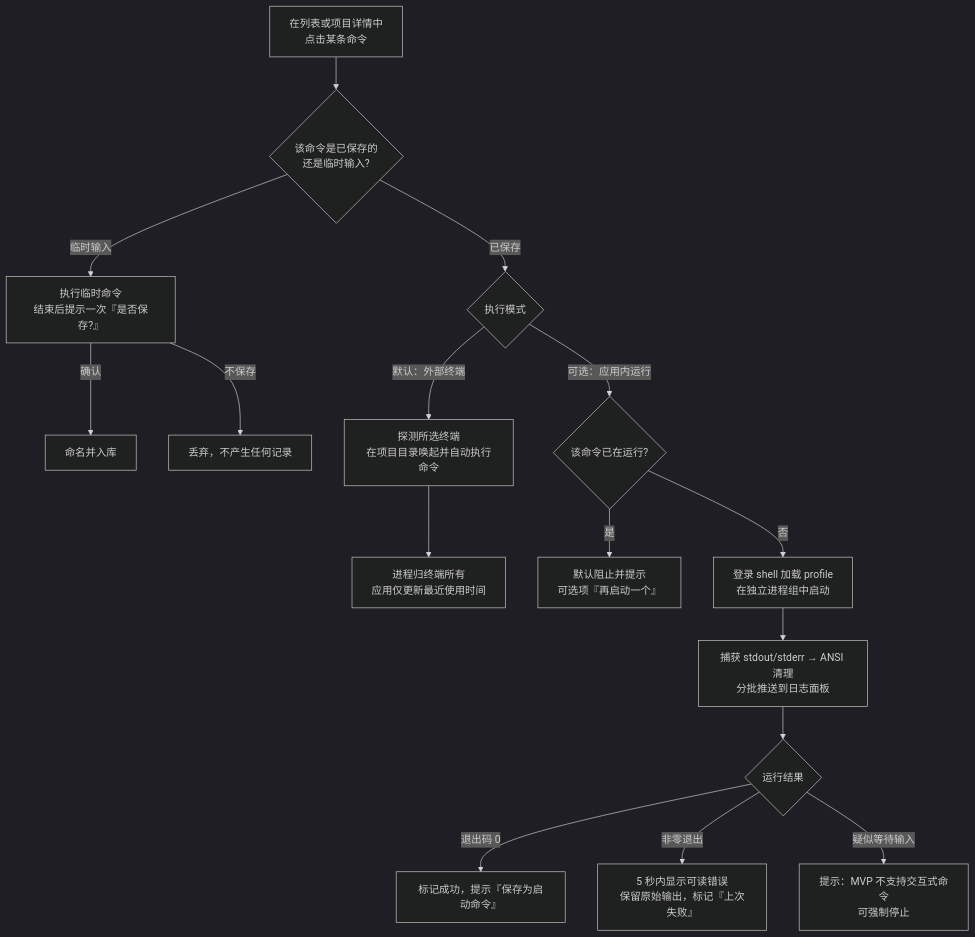
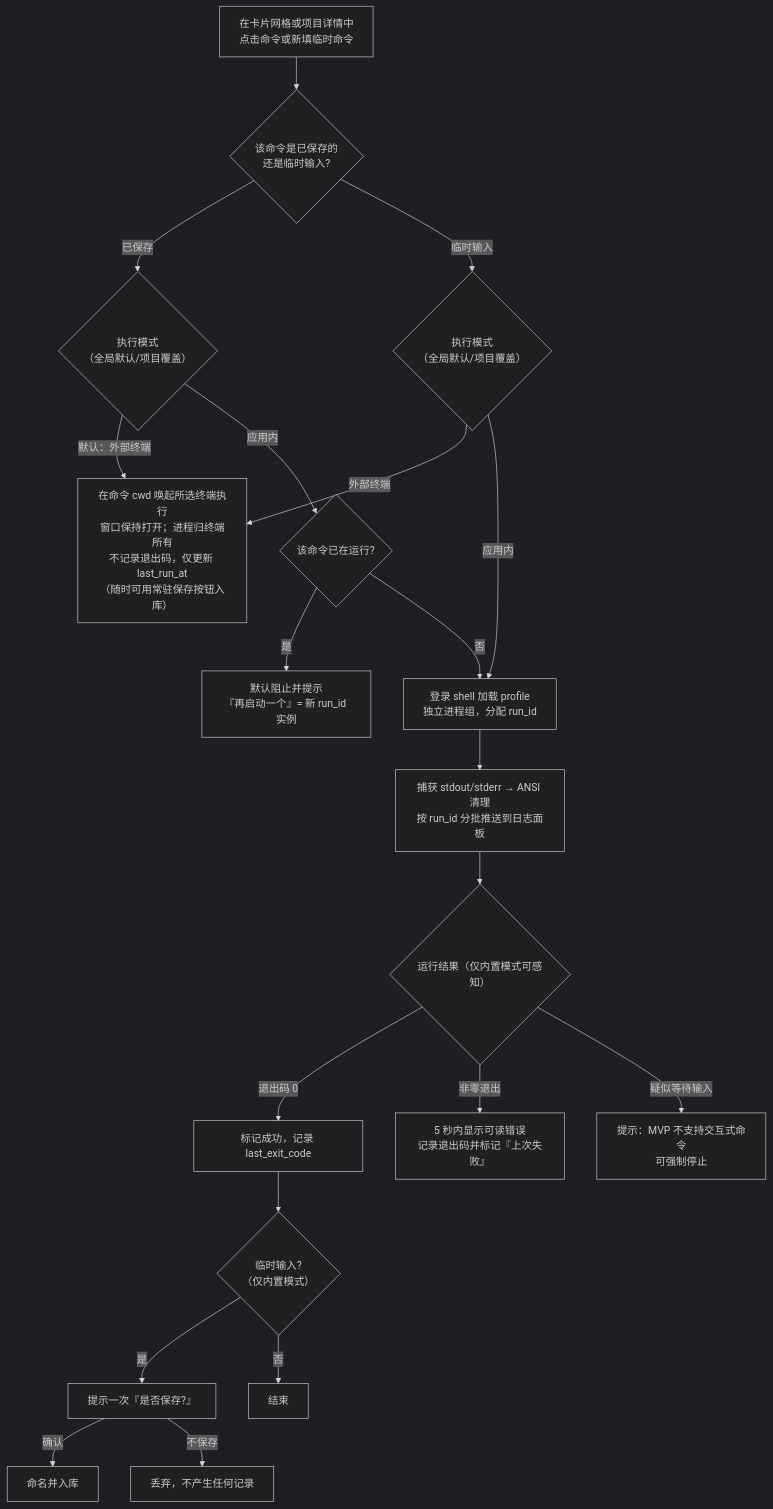
One commit to iceblyte/squirl changed the second of 4 diagrams in docs/需求分析文档-汇总版.md. Above: the diagram before and after it, drawn with Mermaid (dark theme). The commit also changed other lines of this file, not shown here.

````diff
--- a/docs/需求分析文档-汇总版.md
+++ b/docs/需求分析文档-汇总版.md
@@ -214,18 +234,22 @@
 ```mermaid
 flowchart TD
-    A["在列表或项目详情中<br>点击某条命令"] --> B{"该命令是已保存的<br>还是临时输入?"}
-    B -- "临时输入" --> C["执行临时命令<br>结束后提示一次『是否保存?』"]
-    C -- "确认" --> D["命名并入库"]
-    C -- "不保存" --> E["丢弃，不产生任何记录"]
-    B -- "已保存" --> F{"执行模式"}
-    F -- "默认：外部终端" --> G["探测所选终端<br>在项目目录唤起并自动执行命令"]
-    G --> H["进程归终端所有<br>应用仅更新最近使用时间"]
-    F -- "可选：应用内运行" --> I{"该命令已在运行?"}
-    I -- "是" --> J["默认阻止并提示<br>可选项『再启动一个』"]
-    I -- "否" --> K["登录 shell 加载 profile<br>在独立进程组中启动"]
-    K --> L["捕获 stdout/stderr → ANSI 清理<br>分批推送到日志面板"]
-    L --> M{"运行结果"}
-    M -- "退出码 0" --> N["标记成功，提示『保存为启动命令』"]
-    M -- "非零退出" --> O["5 秒内显示可读错误<br>保留原始输出，标记『上次失败』"]
+    A["在卡片网格或项目详情中<br>点击命令或新填临时命令"] --> B{"该命令是已保存的<br>还是临时输入?"}
+    B -- "已保存" --> F{"执行模式<br>（全局默认/项目覆盖）"}
+    B -- "临时输入" --> C{"执行模式<br>（全局默认/项目覆盖）"}
+    C -- "外部终端" --> G["在命令 cwd 唤起所选终端执行<br>窗口保持打开；进程归终端所有<br>不记录退出码，仅更新 last_run_at<br>（随时可用常驻保存按钮入库）"]
+    F -- "默认：外部终端" --> G
+    F -- "应用内" --> I{"该命令已在运行?"}
+    I -- "是" --> J["默认阻止并提示<br>『再启动一个』= 新 run_id 实例"]
+    I -- "否" --> K["登录 shell 加载 profile<br>独立进程组，分配 run_id"]
+    C -- "应用内" --> K
+    K --> L["捕获 stdout/stderr → ANSI 清理<br>按 run_id 分批推送到日志面板"]
+    L --> M{"运行结果（仅内置模式可感知）"}
+    M -- "退出码 0" --> N["标记成功，记录 last_exit_code"]
+    M -- "非零退出" --> O["5 秒内显示可读错误<br>记录退出码并标记『上次失败』"]
     M -- "疑似等待输入" --> P["提示：MVP 不支持交互式命令<br>可强制停止"]
+    N --> Q{"临时输入?<br>（仅内置模式）"}
+    Q -- "是" --> R["提示一次『是否保存?』"]
+    Q -- "否" --> S["结束"]
+    R -- "确认" --> D["命名并入库"]
+    R -- "不保存" --> E["丢弃，不产生任何记录"]
 ```
````
